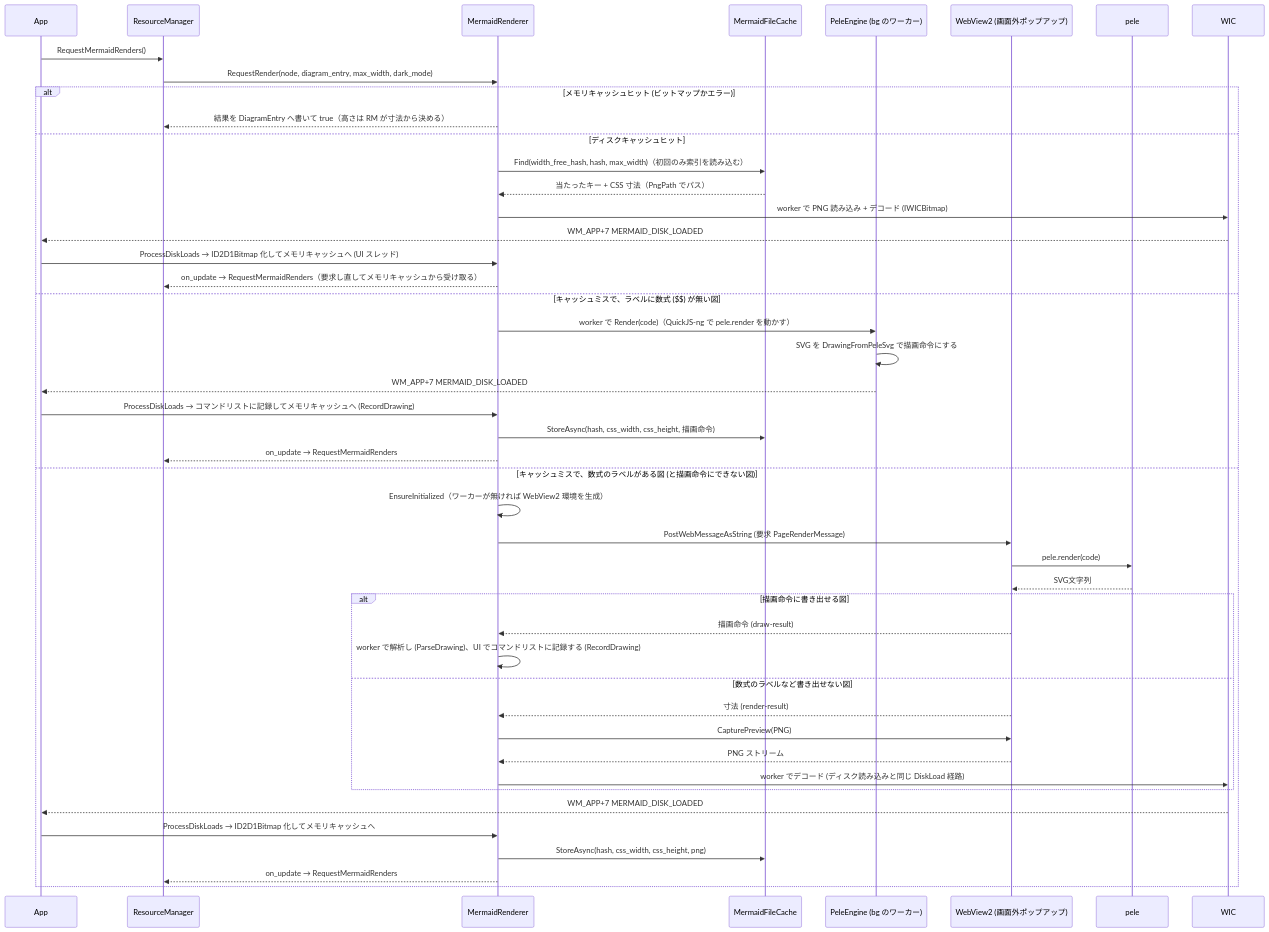
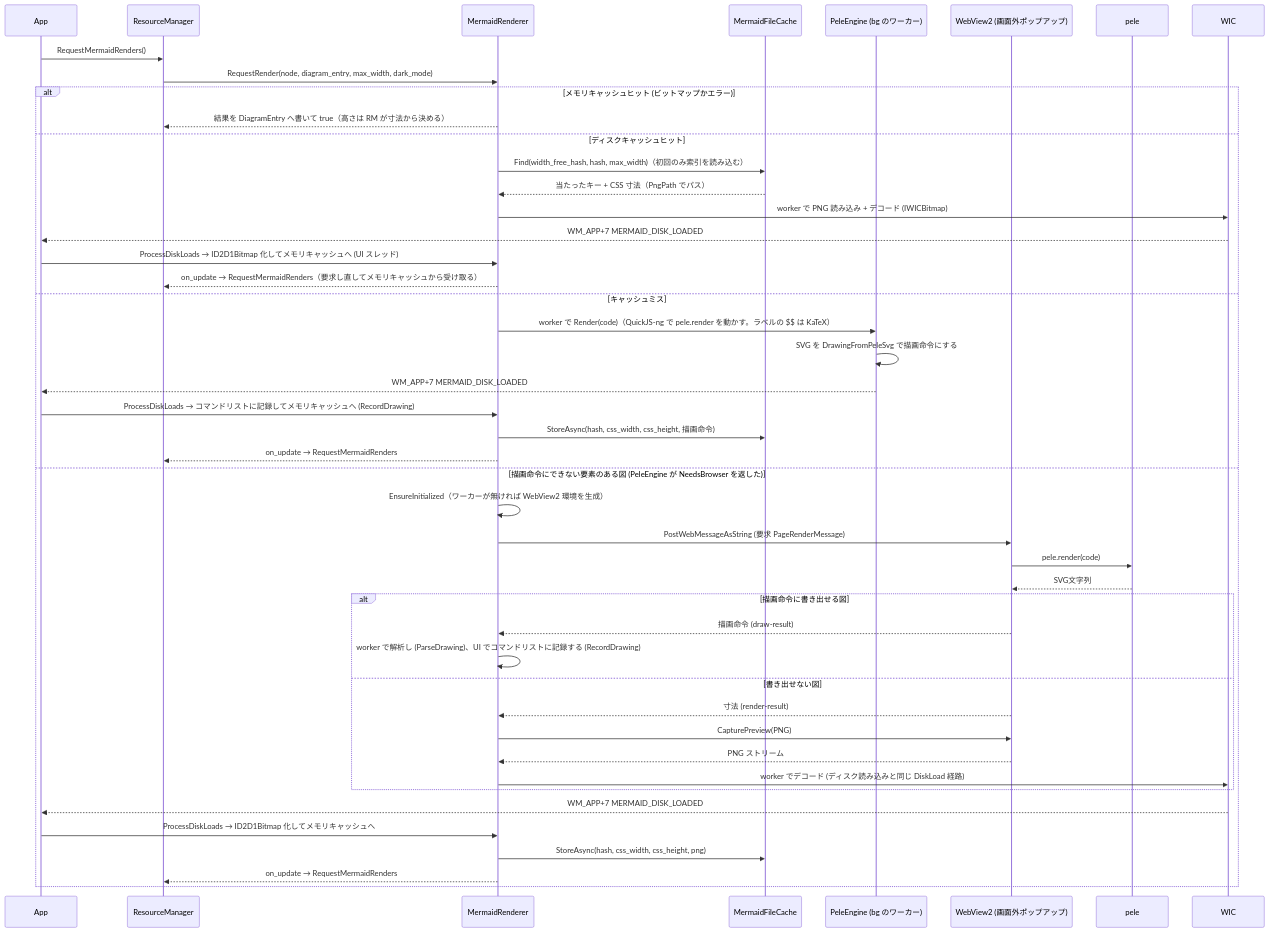
Diagram 11 of 27 in example/test.md (tanaton/mendo), drawn with Mermaid before and after one commit. The commit also changed other lines of this file and 63 other files, not shown here.

````diff
--- a/example/test.md
+++ b/example/test.md
@@ -1557,49 +1556,49 @@
 ```mermaid
 sequenceDiagram
     participant APP as App
     participant RM as ResourceManager
     participant MR as MermaidRenderer
     participant FC as MermaidFileCache
     participant PE as PeleEngine (bg のワーカー)
     participant WV as WebView2 (画面外ポップアップ)
     participant JS as pele
     participant WIC as WIC
 
     APP->>RM: RequestMermaidRenders()
     RM->>MR: RequestRender(node, diagram_entry, max_width, dark_mode)
     alt メモリキャッシュヒット (ビットマップかエラー)
         MR-->>RM: 結果を DiagramEntry へ書いて true（高さは RM が寸法から決める）
     else ディスクキャッシュヒット
         MR->>FC: Find(width_free_hash, hash, max_width)（初回のみ索引を読み込む）
         FC-->>MR: 当たったキー + CSS 寸法（PngPath でパス）
         MR->>WIC: worker で PNG 読み込み + デコード (IWICBitmap)
         WIC-->>APP: WM_APP+7 MERMAID_DISK_LOADED
         APP->>MR: ProcessDiskLoads → ID2D1Bitmap 化してメモリキャッシュへ (UI スレッド)
         MR-->>RM: on_update → RequestMermaidRenders（要求し直してメモリキャッシュから受け取る）
-    else キャッシュミスで、ラベルに数式 ($$) が無い図
-        MR->>PE: worker で Render(code)（QuickJS-ng で pele.render を動かす）
+    else キャッシュミス
+        MR->>PE: worker で Render(code)（QuickJS-ng で pele.render を動かす。ラベルの $$ は KaTeX）
         PE->>PE: SVG を DrawingFromPeleSvg で描画命令にする
         PE-->>APP: WM_APP+7 MERMAID_DISK_LOADED
         APP->>MR: ProcessDiskLoads → コマンドリストに記録してメモリキャッシュへ (RecordDrawing)
         MR->>FC: StoreAsync(hash, css_width, css_height, 描画命令)
         MR-->>RM: on_update → RequestMermaidRenders
-    else キャッシュミスで、数式のラベルがある図 (と描画命令にできない図)
+    else 描画命令にできない要素のある図 (PeleEngine が NeedsBrowser を返した)
         MR->>MR: EnsureInitialized（ワーカーが無ければ WebView2 環境を生成）
         MR->>WV: PostWebMessageAsString (要求 PageRenderMessage)
         WV->>JS: pele.render(code)
         JS-->>WV: SVG文字列
         alt 描画命令に書き出せる図
             WV-->>MR: 描画命令 (draw-result)
             MR->>MR: worker で解析し (ParseDrawing)、UI でコマンドリストに記録する (RecordDrawing)
-        else 数式のラベルなど書き出せない図
+        else 書き出せない図
             WV-->>MR: 寸法 (render-result)
             MR->>WV: CapturePreview(PNG)
             WV-->>MR: PNG ストリーム
             MR->>WIC: worker でデコード (ディスク読み込みと同じ DiskLoad 経路)
         end
         WIC-->>APP: WM_APP+7 MERMAID_DISK_LOADED
         APP->>MR: ProcessDiskLoads → ID2D1Bitmap 化してメモリキャッシュへ
         MR->>FC: StoreAsync(hash, css_width, css_height, png)
         MR-->>RM: on_update → RequestMermaidRenders
     end
 ```
````
